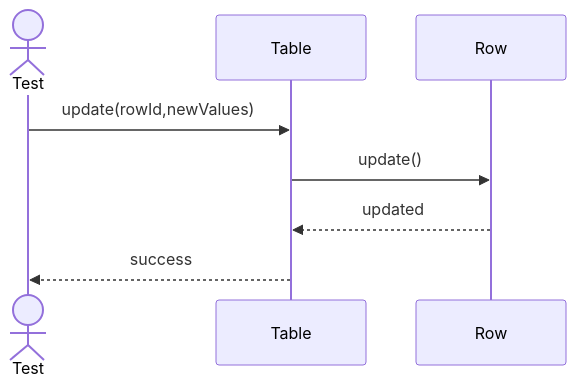
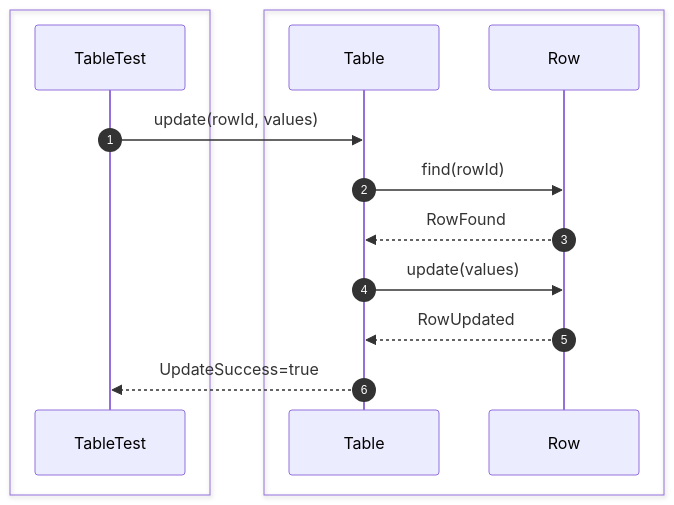
One commit to Huy1801214/dbms-architecture changed the eighth of 42 diagrams in src/sequence/db-object.md. Above: the diagram before and after it, drawn with Mermaid. The commit also changed other lines of this file, not shown here.

Commit message:
add sequence diagrams for database object unit tests

````diff
--- a/src/sequence/db-object.md
+++ b/src/sequence/db-object.md
@@ -93,11 +163,23 @@
 ```mermaid
 sequenceDiagram
-    actor Test
-    participant Table
-    participant Row
+    autonumber
+    box #e1f5fe Test Suite
+    participant Test as TableTest
+    end
+    box #e8f5e9 Database Objects
+    participant Table as Table
+    participant Row as Row
+    end
 
-    Test->>Table: update(rowId,newValues)
-    Table->>Row: update()
-    Row-->>Table: updated
-    Table-->>Test: success
+    Test->>Table: update(rowId, values)
+
+    Table->>Row: find(rowId)
+
+    Row-->>Table: RowFound
+
+    Table->>Row: update(values)
+
+    Row-->>Table: RowUpdated
+
+    Table-->>Test: UpdateSuccess=true
 ```
````
